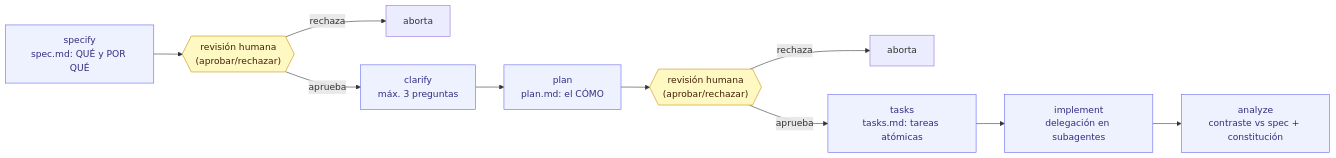
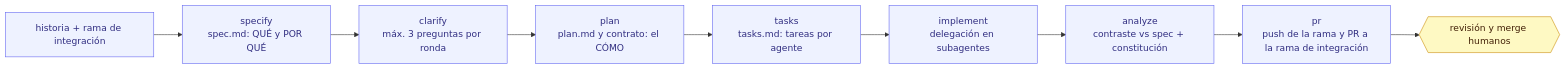
One commit to JairoHGomezCastillo/hubx changed the second of 5 diagrams in docs/diagramas/05-flujos-agenticos.md. Above: the diagram before and after it, drawn with Mermaid. The commit also changed other lines of this file and 6 other files, not shown here.

Commit message:
[agent:hubx-lead] 011 update docs/diagramas to the current state

````diff
--- a/docs/diagramas/05-flujos-agenticos.md
+++ b/docs/diagramas/05-flujos-agenticos.md
@@ -43,17 +49,16 @@
 ```mermaid
 flowchart LR
-    S["specify<br/>spec.md: QUÉ y POR QUÉ"] --> RS{{"revisión humana<br/>(aprobar/rechazar)"}}
-    RS -->|rechaza| ABORT1["aborta"]
-    RS -->|aprueba| C["clarify<br/>máx. 3 preguntas"]
-    C --> P["plan<br/>plan.md: el CÓMO"]
-    P --> RP{{"revisión humana<br/>(aprobar/rechazar)"}}
-    RP -->|rechaza| ABORT2["aborta"]
-    RP -->|aprueba| T["tasks<br/>tasks.md: tareas atómicas"]
+    IN["historia + rama de integración"] --> S["specify<br/>spec.md: QUÉ y POR QUÉ"]
+    S --> C["clarify<br/>máx. 3 preguntas por ronda"]
+    C --> P["plan<br/>plan.md y contrato: el CÓMO"]
+    P --> T["tasks<br/>tasks.md: tareas por agente"]
     T --> I["implement<br/>delegación en subagentes"]
     I --> A["analyze<br/>contraste vs spec + constitución"]
+    A --> PR["pr<br/>push de la rama y PR a la rama de integración"]
+    PR --> H{{"revisión y merge humanos"}}
 
     classDef phase fill:#eef2ff,stroke:#6366f1,color:#312e81;
     classDef gate fill:#fef9c3,stroke:#ca8a04,color:#422006;
-    class S,C,P,T,I,A phase;
-    class RS,RP gate;
+    class IN,S,C,P,T,I,A,PR phase;
+    class H gate;
 ```
````
